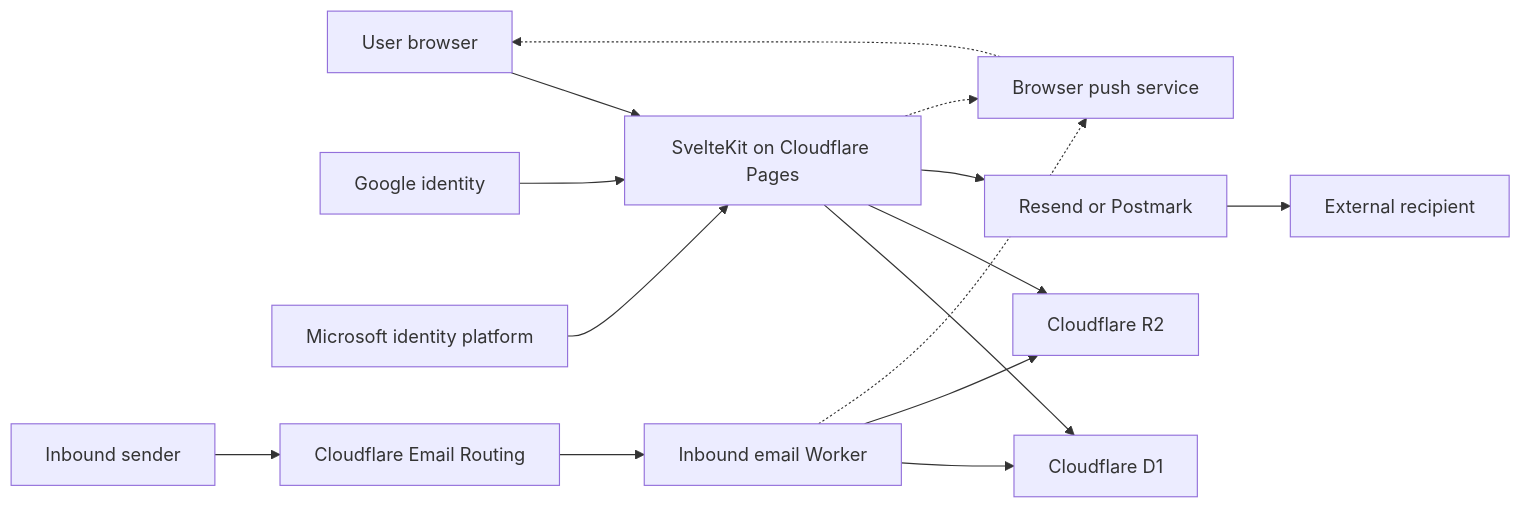
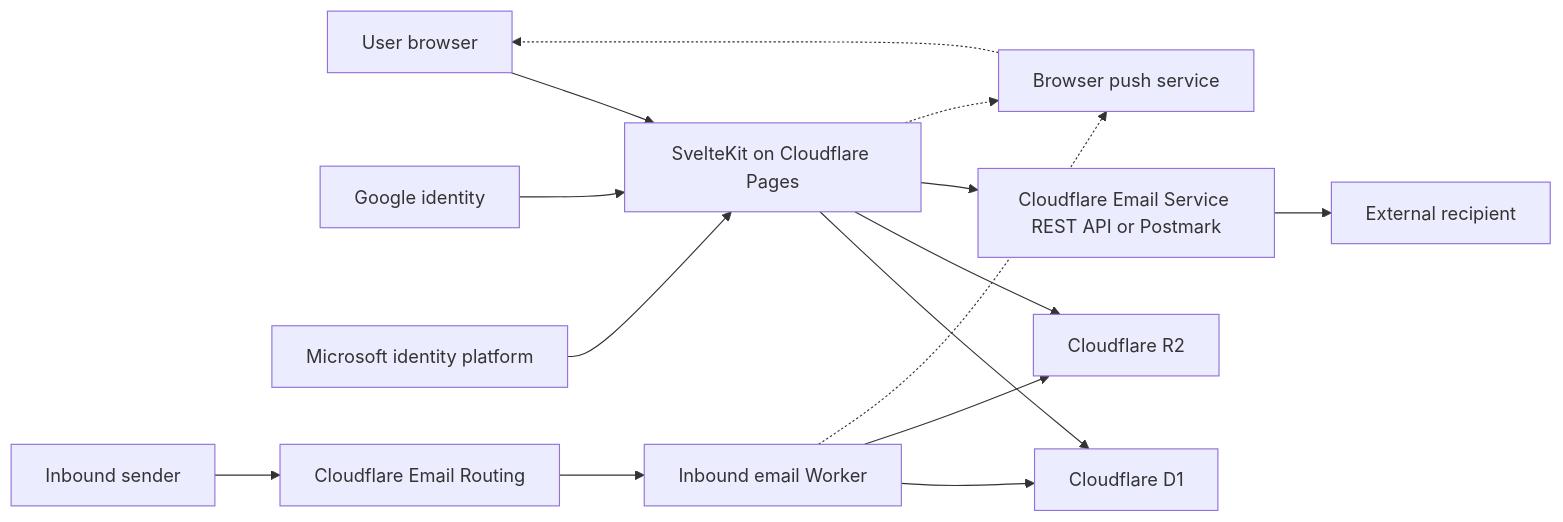
The diagram in docs/architecture.md (Rob142857/cmail), drawn with Mermaid before and after one commit. The commit also changed other lines of this file and 21 other files, not shown here.

Commit message:
Add Cloudflare Email Service outbound delivery

````diff
--- a/docs/architecture.md
+++ b/docs/architecture.md
@@ -6,17 +6,17 @@
 ```mermaid
 flowchart LR
   browser["User browser"] --> pages["SvelteKit on Cloudflare Pages"]
   google["Google identity"] --> pages
   microsoft["Microsoft identity platform"] --> pages
   pages --> d1["Cloudflare D1"]
   pages --> r2["Cloudflare R2"]
-  pages --> outbound["Resend or Postmark"]
+  pages --> outbound["Cloudflare Email Service REST API or Postmark"]
   outbound --> recipient["External recipient"]
   pages -.-> push["Browser push service"]
   sender["Inbound sender"] --> routing["Cloudflare Email Routing"]
   routing --> worker["Inbound email Worker"]
   worker --> d1
   worker --> r2
   worker -.-> push
   push -.-> browser
 ```
````
